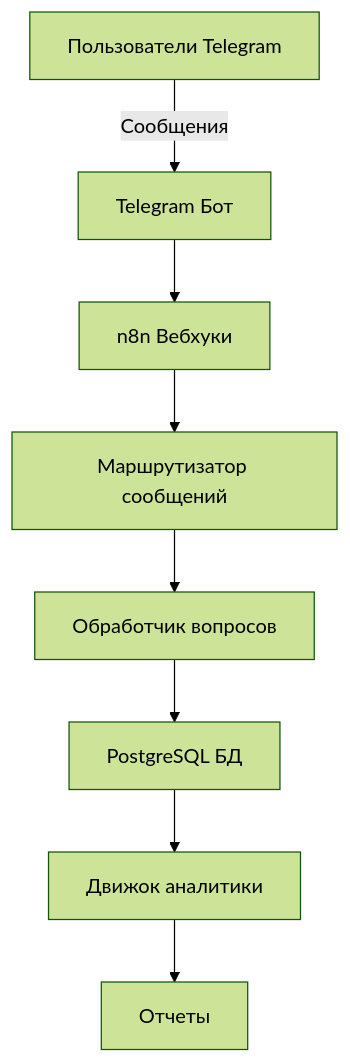
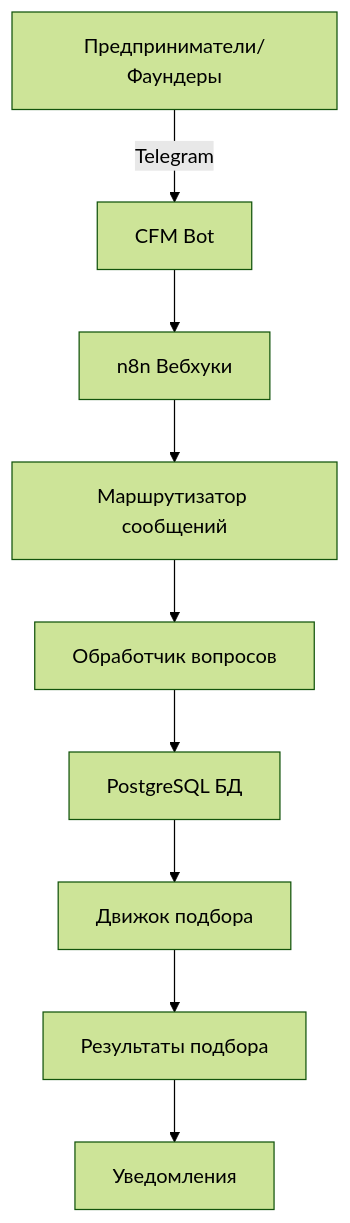
Before and after one commit to Rivega42/cfm-bot: the diagram in README.ru.md, drawn with Mermaid (forest theme). The commit also changed other lines of this file and 1 other file, not shown here.

Commit message:
Исправление: CFM = Cofounder Match, не Customer Feedback

````diff
--- a/README.ru.md
+++ b/README.ru.md
@@ -22,10 +23,11 @@
 ```mermaid
 graph TB
-    A[Пользователи Telegram] -->|Сообщения| B[Telegram Бот]
+    A[Предприниматели/Фаундеры] -->|Telegram| B[CFM Bot]
     B --> C[n8n Вебхуки]
     C --> D[Маршрутизатор сообщений]
     D --> E[Обработчик вопросов]
     E --> F[PostgreSQL БД]
-    F --> G[Движок аналитики]
-    G --> H[Отчеты]
+    F --> G[Движок подбора]
+    G --> H[Результаты подбора]
+    H --> I[Уведомления]
 ```
````
